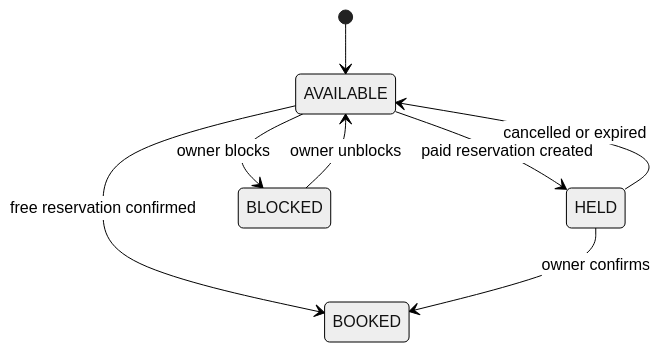
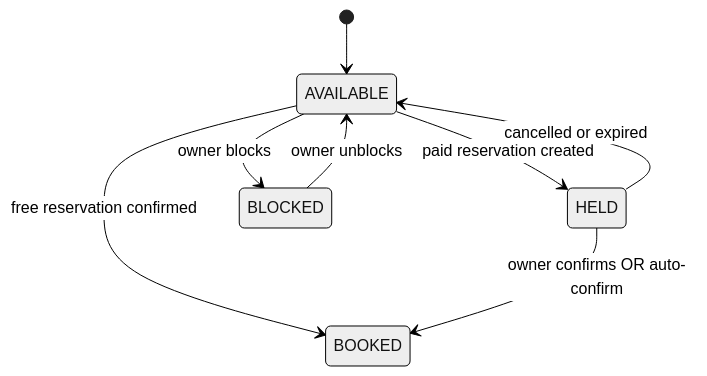
The second of 2 diagrams in docs/reservation-state-machine-level-2-engineering.md (raphaelmans/next16bp), drawn with Mermaid (neutral theme) before and after one commit. The commit also changed other lines of this file and 64 other files, not shown here.

````diff
--- a/docs/reservation-state-machine-level-2-engineering.md
+++ b/docs/reservation-state-machine-level-2-engineering.md
@@ -55,10 +59,10 @@
 ```mermaid
 stateDiagram-v2
   [*] --> AVAILABLE
   AVAILABLE --> HELD: paid reservation created
   AVAILABLE --> BOOKED: free reservation confirmed
   AVAILABLE --> BLOCKED: owner blocks
   BLOCKED --> AVAILABLE: owner unblocks
-  HELD --> BOOKED: owner confirms
+  HELD --> BOOKED: owner confirms OR auto-confirm
   HELD --> AVAILABLE: cancelled or expired
 ```
````
